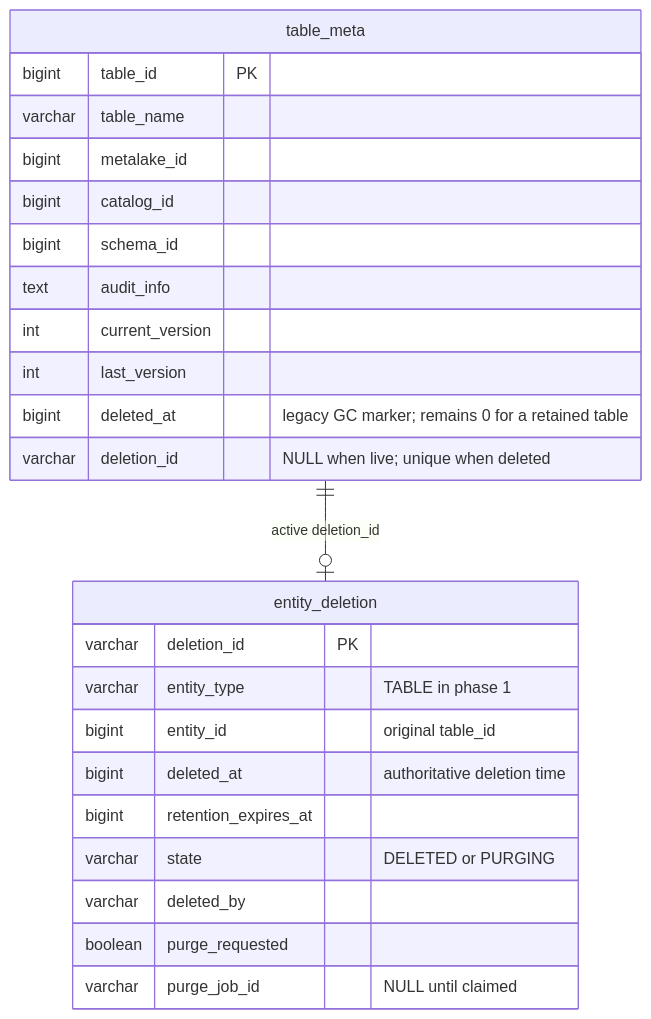
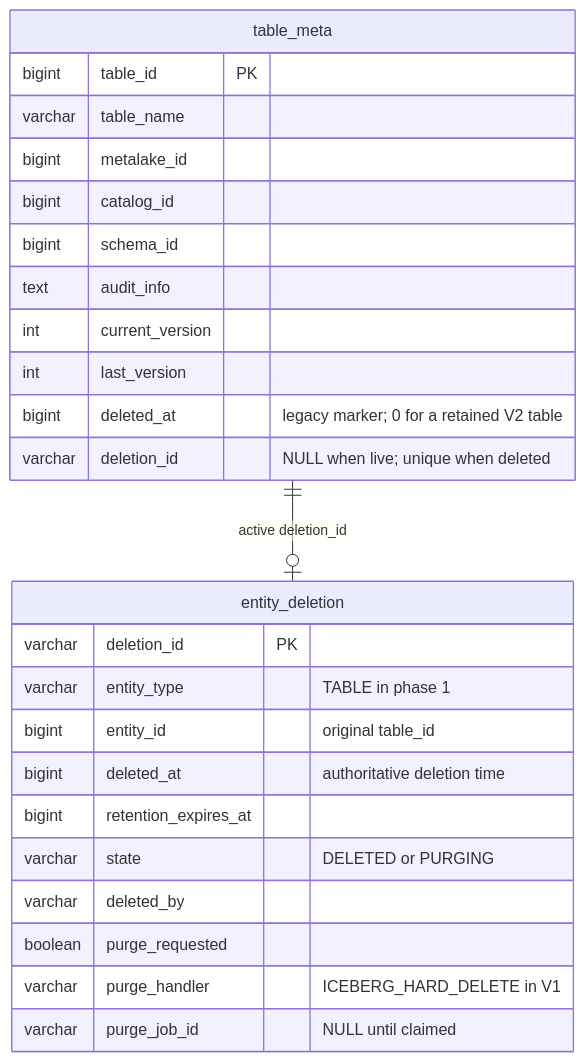
The first of 5 diagrams in design-docs/deletion-v2/iceberg-table-soft-deletion.md (apache/gravitino), drawn with Mermaid before and after one commit. The commit also changed other lines of this file, not shown here.

Commit message:
docs: refine Iceberg soft-deletion design

````diff
--- a/design-docs/deletion-v2/iceberg-table-soft-deletion.md
+++ b/design-docs/deletion-v2/iceberg-table-soft-deletion.md
@@ -157,27 +154,28 @@
 ```mermaid
 erDiagram
     table_meta {
         bigint table_id PK
         varchar table_name
         bigint metalake_id
         bigint catalog_id
         bigint schema_id
         text audit_info
         int current_version
         int last_version
-        bigint deleted_at "legacy GC marker; remains 0 for a retained table"
+        bigint deleted_at "legacy marker; 0 for a retained V2 table"
         varchar deletion_id "NULL when live; unique when deleted"
     }
     entity_deletion {
         varchar deletion_id PK
         varchar entity_type "TABLE in phase 1"
         bigint entity_id "original table_id"
         bigint deleted_at "authoritative deletion time"
         bigint retention_expires_at
         varchar state "DELETED or PURGING"
         varchar deleted_by
         boolean purge_requested
+        varchar purge_handler "ICEBERG_HARD_DELETE in V1"
         varchar purge_job_id "NULL until claimed"
     }
     table_meta ||--o| entity_deletion : "active deletion_id"
 ```
````
